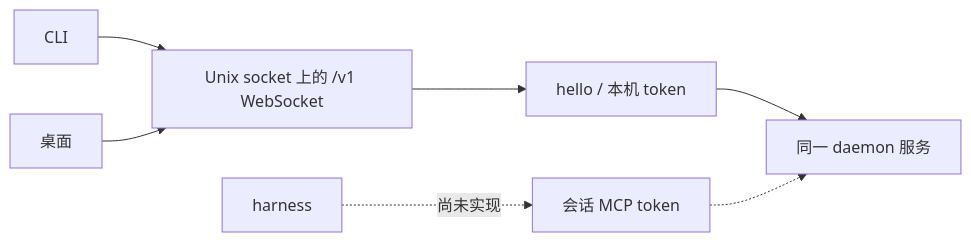
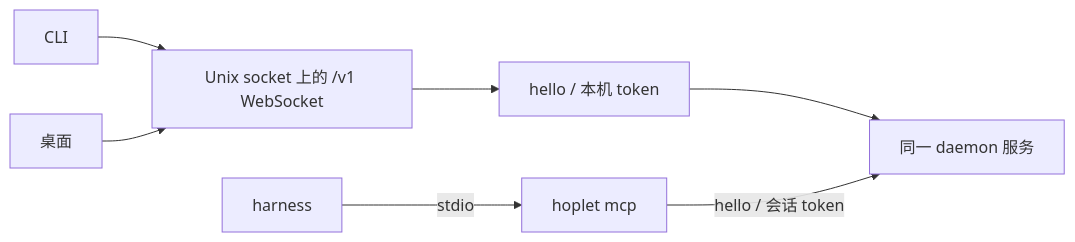
The first of 3 diagrams in docs/design/0012-orchestration-api.md (yangflow/hoplet), drawn with Mermaid before and after one commit. The commit also changed other lines of this file and 7 other files, not shown here.

````diff
--- a/docs/design/0012-orchestration-api.md
+++ b/docs/design/0012-orchestration-api.md
@@ -16,8 +16,8 @@
 ```mermaid
 flowchart LR
     CLI["CLI"] --> Local["Unix socket 上的 /v1 WebSocket"]
     Desktop["桌面"] --> Local
     Local --> Hello["hello / 本机 token"] --> Service["同一 daemon 服务"]
-    Agent["harness"] -. "尚未实现" .-> MCP["会话 MCP token"]
-    MCP -.-> Service
+    Agent["harness"] -- "stdio" --> Bridge["hoplet mcp"]
+    Bridge -- "hello / 会话 token" --> Service
 ```
````
